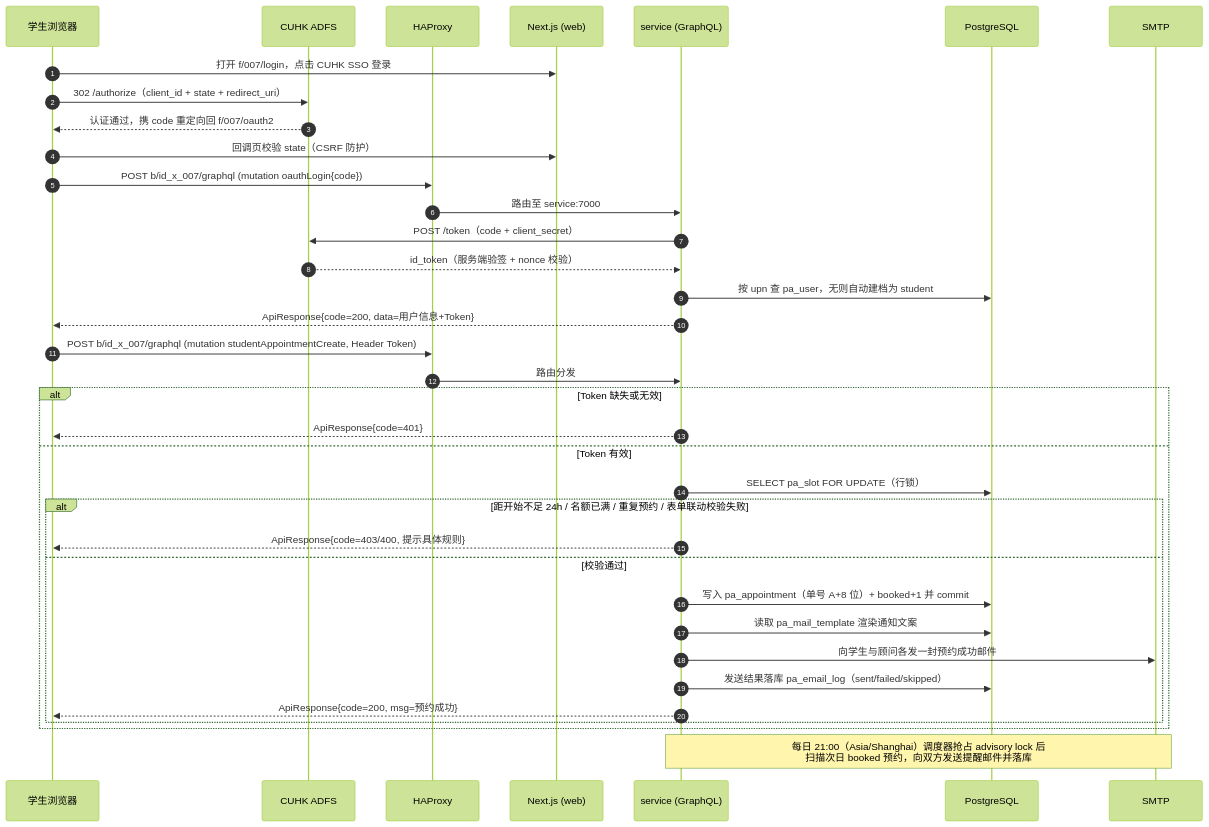
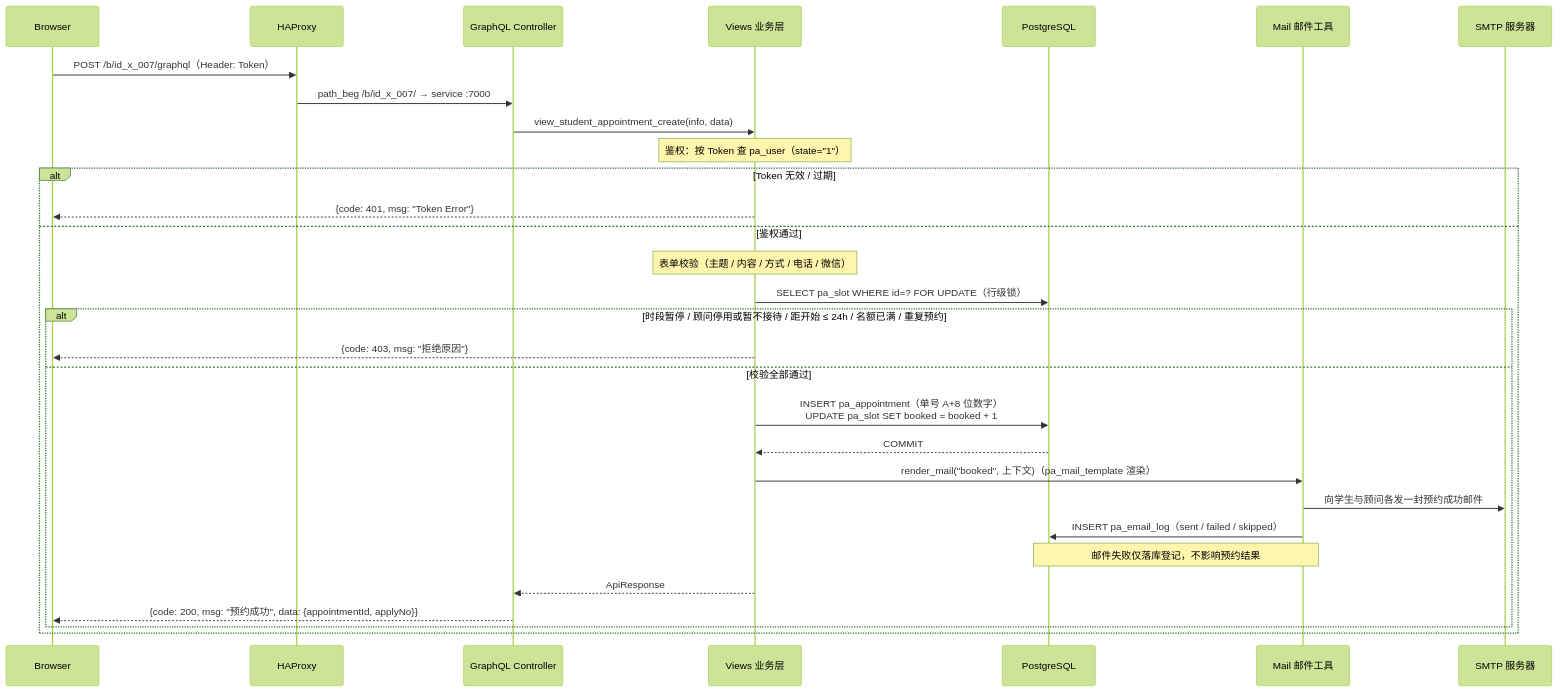
Before and after one commit to i-TorchLabs/id_x_007: the second of 2 diagrams in README.md, drawn with Mermaid (forest theme). The commit also changed other lines of this file, not shown here.

````diff
--- a/README.md
+++ b/README.md
@@ -129,41 +113,33 @@
 ```mermaid
 sequenceDiagram
-    autonumber
-    participant B as 学生浏览器
-    participant A as CUHK ADFS
+    participant B as Browser
     participant H as HAProxy
-    participant W as Next.js (web)
-    participant S as service (GraphQL)
-    participant D as PostgreSQL
-    participant M as SMTP
+    participant GC as GraphQL Controller
+    participant V as Views 业务层
+    participant PG as PostgreSQL
+    participant MAIL as Mail 邮件工具
+    participant SMTP as SMTP 服务器
 
-    B->>W: 打开 f/007/login，点击 CUHK SSO 登录
-    B->>A: 302 /authorize（client_id + state + redirect_uri）
-    A-->>B: 认证通过，携 code 重定向回 f/007/oauth2
-    B->>W: 回调页校验 state（CSRF 防护）
-    B->>H: POST b/id_x_007/graphql (mutation oauthLogin{code})
-    H->>S: 路由至 service:7000
-    S->>A: POST /token（code + client_secret）
-    A-->>S: id_token（服务端验签 + nonce 校验）
-    S->>D: 按 upn 查 pa_user，无则自动建档为 student
-    S-->>B: ApiResponse{code=200, data=用户信息+Token}
-
-    B->>H: POST b/id_x_007/graphql (mutation studentAppointmentCreate, Header Token)
-    H->>S: 路由分发
-    alt Token 缺失或无效
-        S-->>B: ApiResponse{code=401}
-    else Token 有效
-        S->>D: SELECT pa_slot FOR UPDATE（行锁）
-        alt 距开始不足 24h / 名额已满 / 重复预约 / 表单联动校验失败
-            S-->>B: ApiResponse{code=403/400, 提示具体规则}
-        else 校验通过
-            S->>D: 写入 pa_appointment（单号 A+8 位）+ booked+1 并 commit
-            S->>D: 读取 pa_mail_template 渲染通知文案
-            S->>M: 向学生与顾问各发一封预约成功邮件
-            S->>D: 发送结果落库 pa_email_log（sent/failed/skipped）
-            S-->>B: ApiResponse{code=200, msg=预约成功}
+    B->>H: POST /b/id_x_007/graphql（Header: Token）
+    H->>GC: path_beg /b/id_x_007/ → service :7000
+    GC->>V: view_student_appointment_create(info, data)
+    Note over V: 鉴权：按 Token 查 pa_user（state="1"）
+    alt Token 无效 / 过期
+        V-->>B: {code: 401, msg: "Token Error"}
+    else 鉴权通过
+        Note over V: 表单校验（主题 / 内容 / 方式 / 电话 / 微信）
+        V->>PG: SELECT pa_slot WHERE id=? FOR UPDATE（行级锁）
+        alt 时段暂停 / 顾问停用或暂不接待 / 距开始 ≤ 24h / 名额已满 / 重复预约
+            V-->>B: {code: 403, msg: "拒绝原因"}
+        else 校验全部通过
+            V->>PG: INSERT pa_appointment（单号 A+8 位数字）<br/>UPDATE pa_slot SET booked = booked + 1
+            PG-->>V: COMMIT
+            V->>MAIL: render_mail("booked", 上下文)（pa_mail_template 渲染）
+            MAIL->>SMTP: 向学生与顾问各发一封预约成功邮件
+            MAIL->>PG: INSERT pa_email_log（sent / failed / skipped）
+            Note over MAIL,PG: 邮件失败仅落库登记，不影响预约结果
+            V-->>GC: ApiResponse
+            GC-->>B: {code: 200, msg: "预约成功", data: {appointmentId, applyNo}}
         end
     end
-
-    Note over S,M: 每日 21:00（Asia/Shanghai）调度器抢占 advisory lock 后<br/>扫描次日 booked 预约，向双方发送提醒邮件并落库
 ```
````
